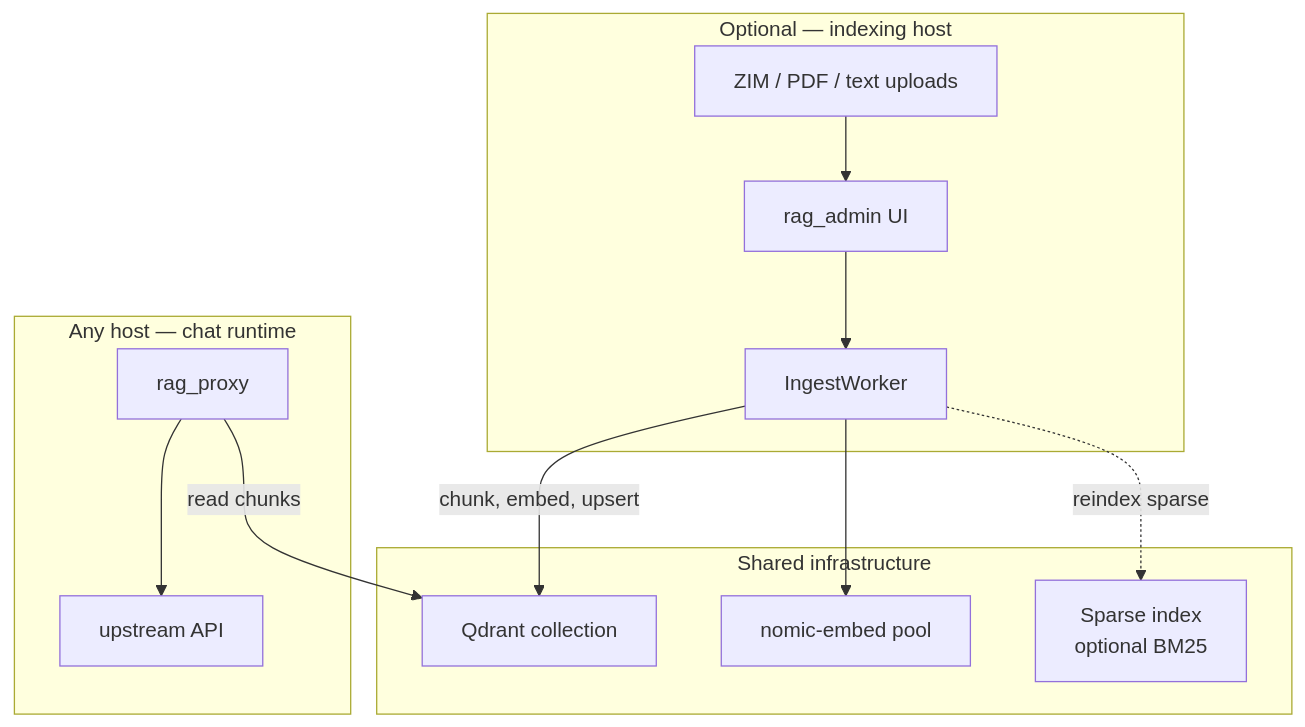
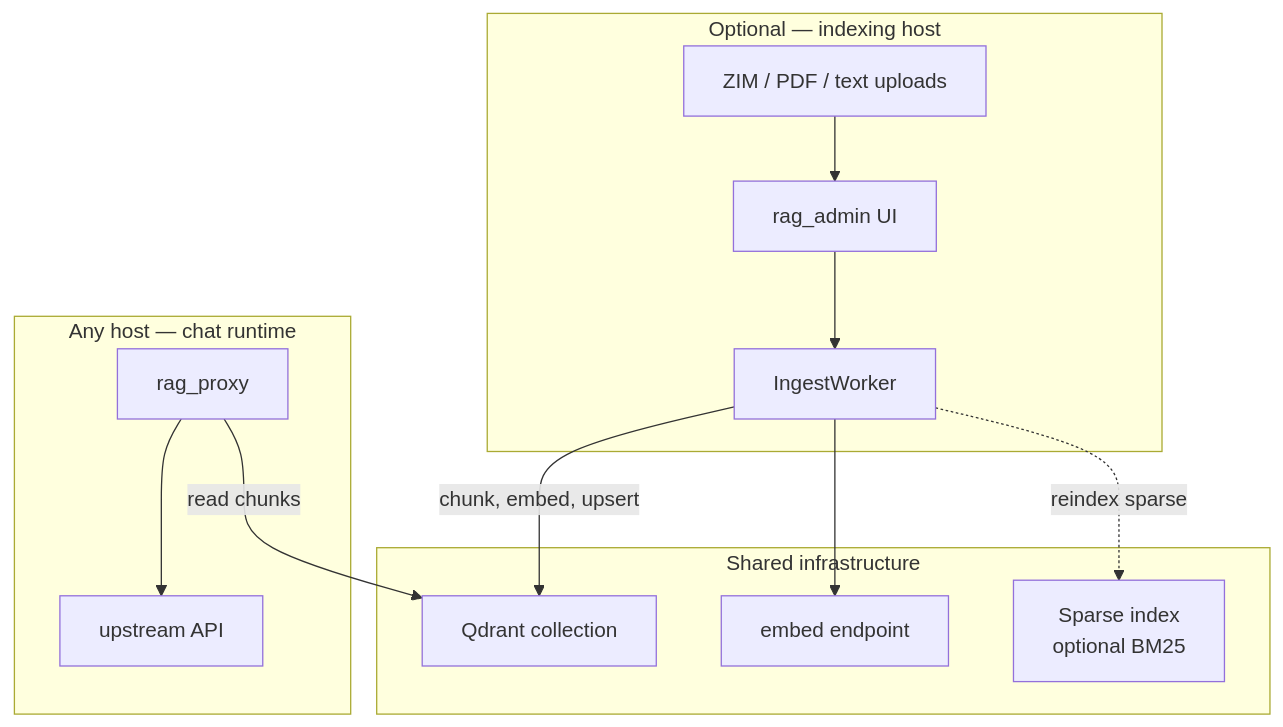
One commit to AtticusG3/rag-proxy changed the diagram in docs/ingest-and-admin.md. Above: the diagram before and after it, drawn with Mermaid. The commit also changed other lines of this file and 61 other files, not shown here.

First line of the commit message:
chore(ingest): remove legacy nomic-embed pool

````diff
--- a/docs/ingest-and-admin.md
+++ b/docs/ingest-and-admin.md
@@ -14,26 +14,26 @@
 ```mermaid
 flowchart TB
   subgraph optional["Optional — indexing host"]
     ADMIN["rag_admin UI"]
     WORKER["IngestWorker"]
     SRC["ZIM / PDF / text uploads"]
   end
 
   subgraph shared["Shared infrastructure"]
     QD["Qdrant collection"]
-    EM["nomic-embed pool"]
+    EM["embed endpoint"]
     SP["Sparse index\noptional BM25"]
   end
 
   subgraph runtime["Any host — chat runtime"]
     RP["rag_proxy"]
     LS["upstream API"]
   end
 
   SRC --> ADMIN --> WORKER
   WORKER -->|"chunk, embed, upsert"| QD
   WORKER --> EM
   WORKER -.->|"reindex sparse"| SP
   RP -->|"read chunks"| QD
   RP --> LS
 ```
````
